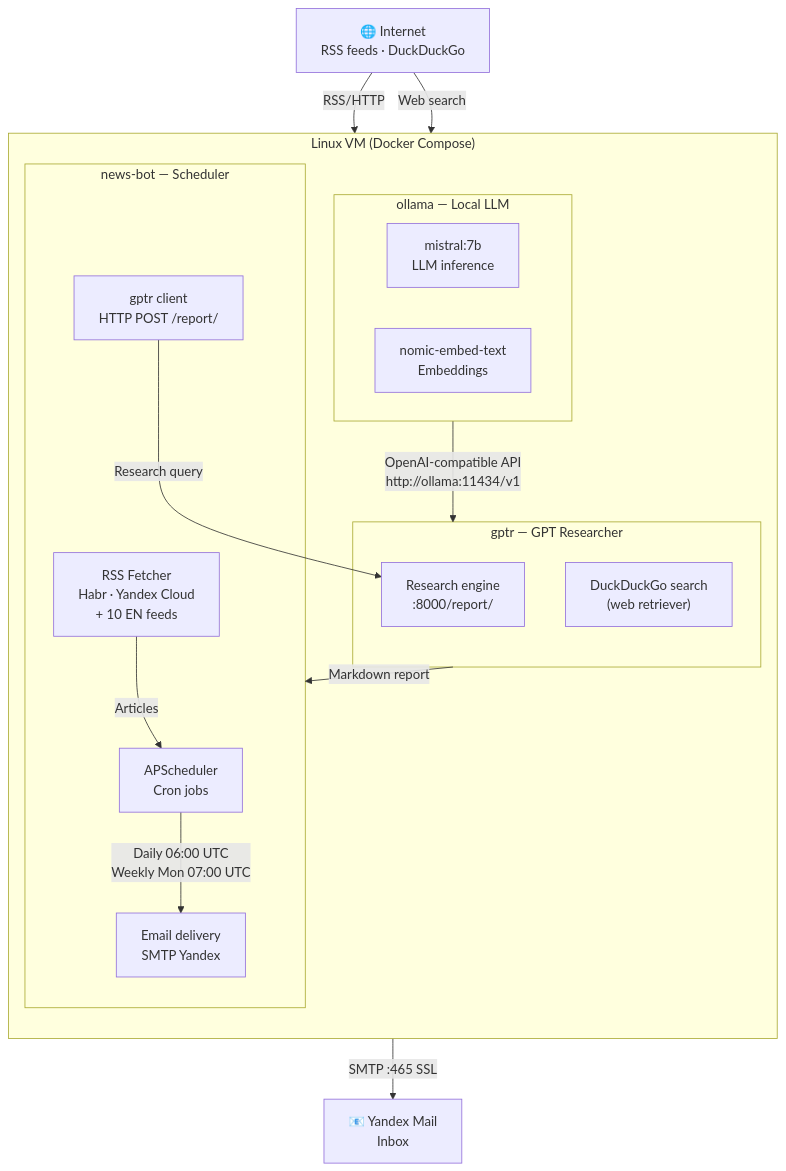
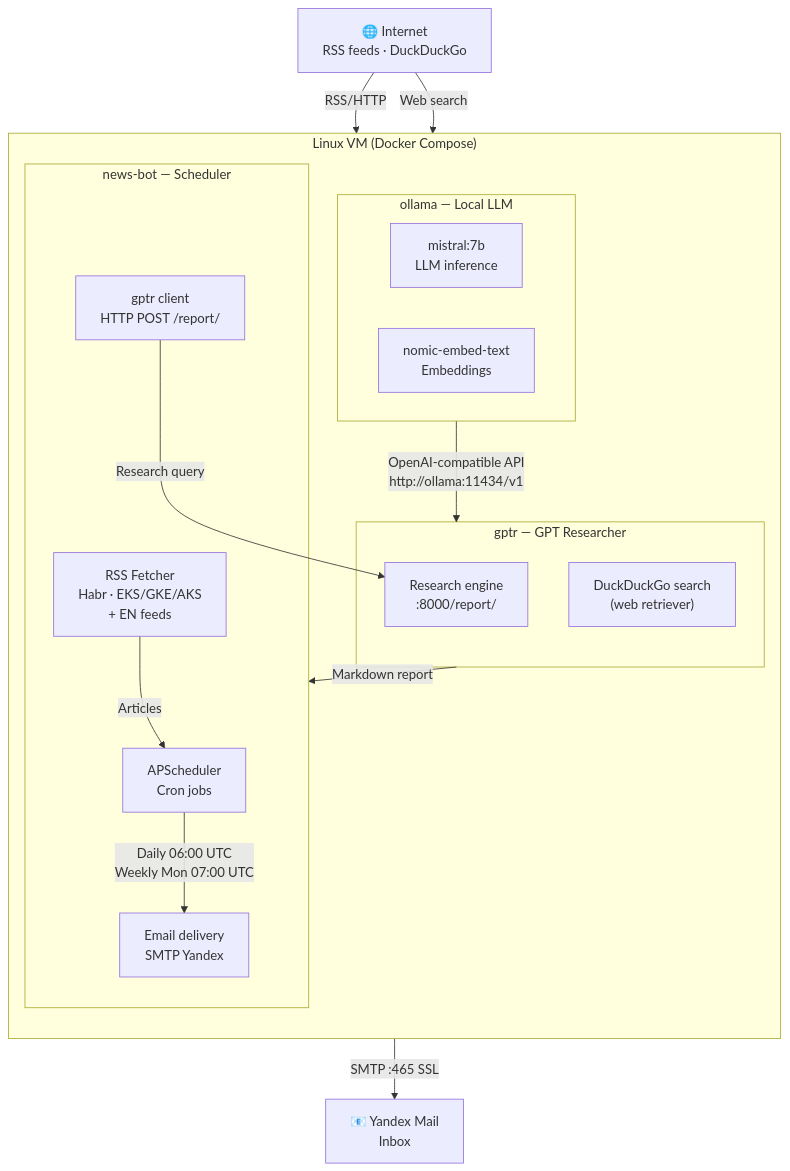
Before and after one commit to SultankaReal/k8s-news-bot: the diagram in README.md, drawn with Mermaid. The commit also changed other lines of this file and 3 other files, not shown here.

First line of the commit message:
feat: add managed K8s RSS section (EKS, GKE, AKS via GitHub releases)

````diff
--- a/README.md
+++ b/README.md
@@ -15,33 +15,33 @@
 ```mermaid
 flowchart TD
     subgraph VM["Linux VM (Docker Compose)"]
         direction TB
 
         subgraph Ollama["ollama — Local LLM"]
             O1["mistral:7b\nLLM inference"]
             O2["nomic-embed-text\nEmbeddings"]
         end
 
         subgraph GPTR["gptr — GPT Researcher"]
             G1["Research engine\n:8000/report/"]
             G2["DuckDuckGo search\n(web retriever)"]
         end
 
         subgraph Bot["news-bot — Scheduler"]
             B1["APScheduler\nCron jobs"]
-            B2["RSS Fetcher\nHabr · Yandex Cloud\n+ 10 EN feeds"]
+            B2["RSS Fetcher\nHabr · EKS/GKE/AKS\n+ EN feeds"]
             B3["gptr client\nHTTP POST /report/"]
             B4["Email delivery\nSMTP Yandex"]
         end
 
         Ollama -->|"OpenAI-compatible API\nhttp://ollama:11434/v1"| GPTR
         GPTR -->|"Markdown report"| Bot
         B2 -->|"Articles"| B1
         B3 -->|"Research query"| G1
         B1 -->|"Daily 06:00 UTC\nWeekly Mon 07:00 UTC"| B4
     end
 
     Internet["🌐 Internet\nRSS feeds · DuckDuckGo"] -->|"RSS/HTTP"| B2
     Internet -->|"Web search"| G2
     B4 -->|"SMTP :465 SSL"| Email["📧 Yandex Mail\nInbox"]
 ```
````
